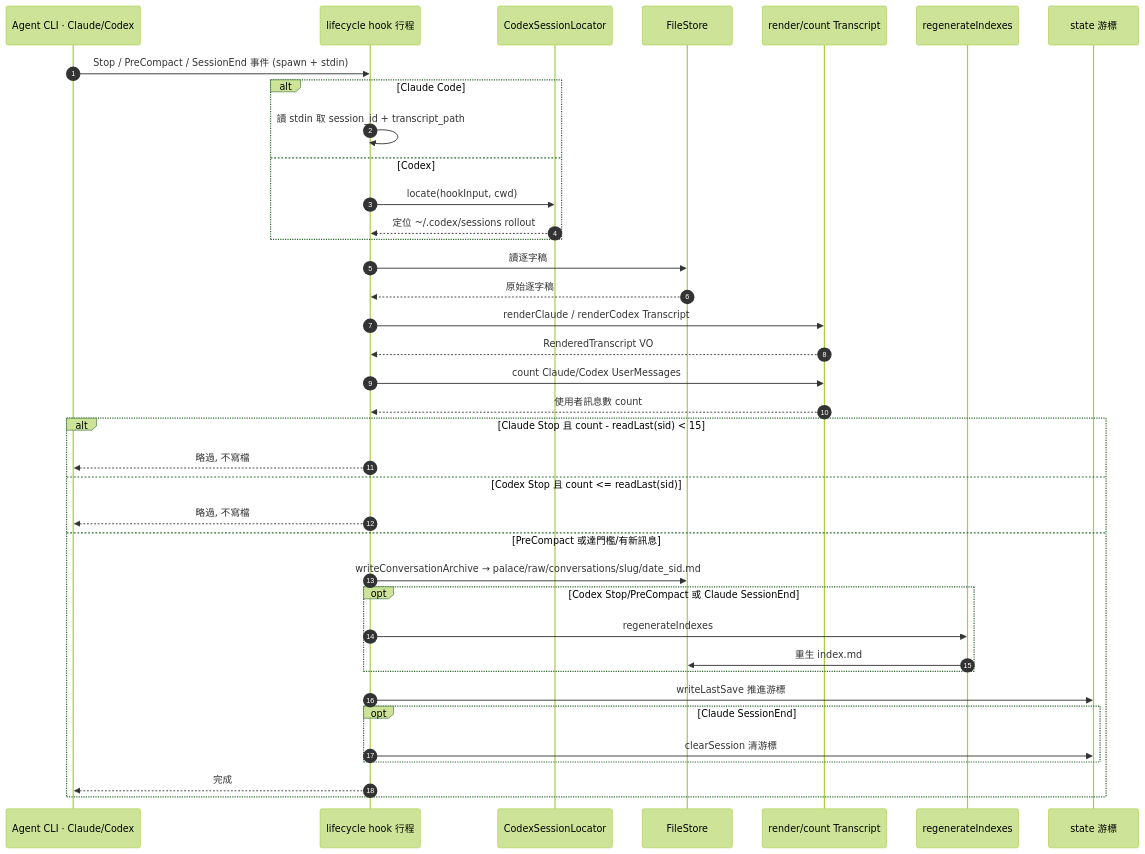
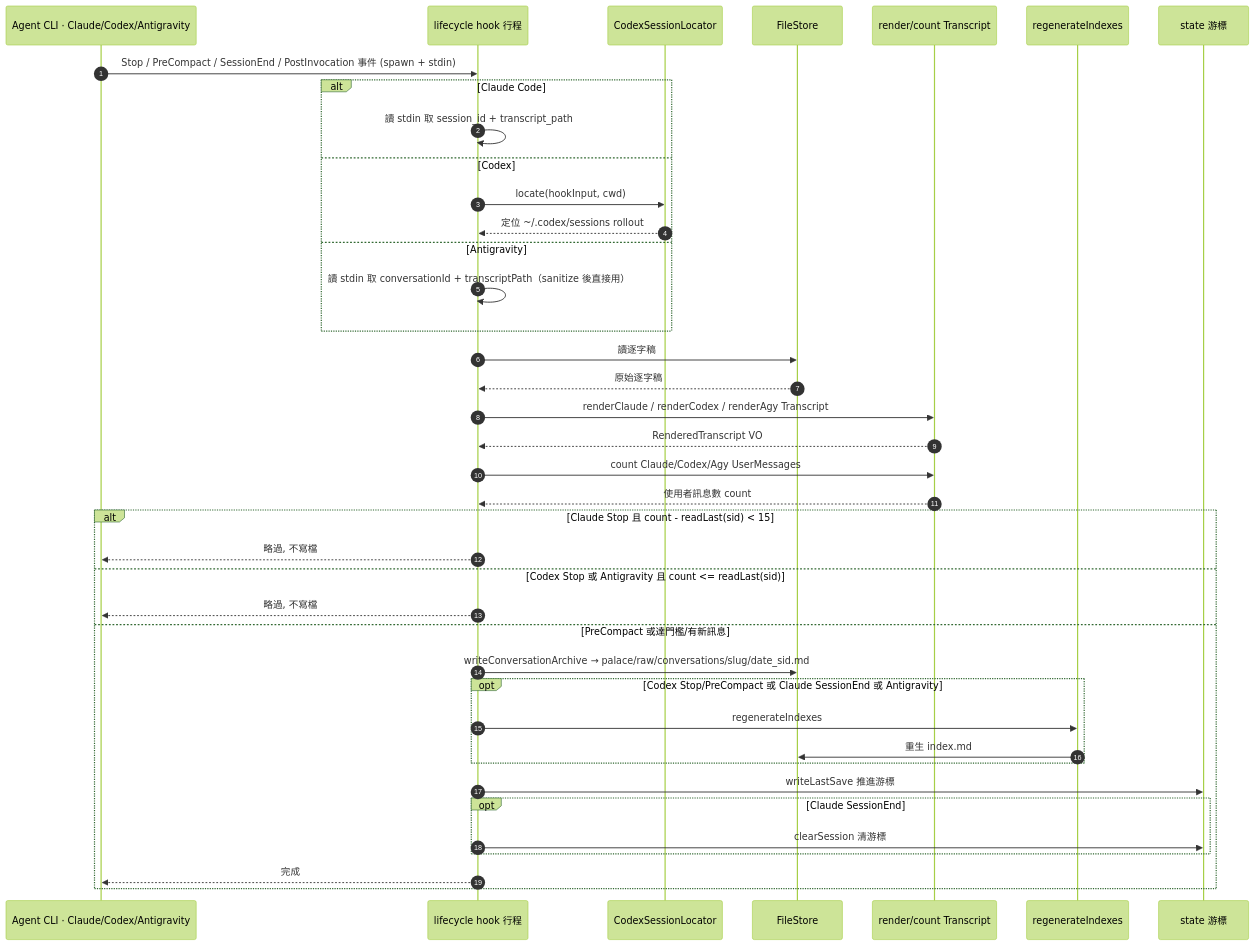
One commit to neokn/elegent changed the third of 5 diagrams in docs/architecture/4plus1.md. Above: the diagram before and after it, drawn with Mermaid (forest theme). The commit also changed other lines of this file and 24 other files, not shown here.

````diff
--- a/docs/architecture/4plus1.md
+++ b/docs/architecture/4plus1.md
@@ -142,41 +142,43 @@
 ```mermaid
 sequenceDiagram
     autonumber
-    participant CLI as Agent CLI · Claude/Codex
+    participant CLI as Agent CLI · Claude/Codex/Antigravity
     participant Hook as lifecycle hook 行程
     participant Loc as CodexSessionLocator
     participant FS as FileStore
     participant Pr as render/count Transcript
     participant Idx as regenerateIndexes
     participant St as state 游標
 
-    CLI->>Hook: Stop / PreCompact / SessionEnd 事件 (spawn + stdin)
+    CLI->>Hook: Stop / PreCompact / SessionEnd / PostInvocation 事件 (spawn + stdin)
     alt Claude Code
         Hook->>Hook: 讀 stdin 取 session_id + transcript_path
     else Codex
         Hook->>Loc: locate(hookInput, cwd)
         Loc-->>Hook: 定位 ~/.codex/sessions rollout
+    else Antigravity
+        Hook->>Hook: 讀 stdin 取 conversationId + transcriptPath（sanitize 後直接用）
     end
     Hook->>FS: 讀逐字稿
     FS-->>Hook: 原始逐字稿
-    Hook->>Pr: renderClaude / renderCodex Transcript
+    Hook->>Pr: renderClaude / renderCodex / renderAgy Transcript
     Pr-->>Hook: RenderedTranscript VO
-    Hook->>Pr: count Claude/Codex UserMessages
+    Hook->>Pr: count Claude/Codex/Agy UserMessages
     Pr-->>Hook: 使用者訊息數 count
     alt Claude Stop 且 count - readLast(sid) < 15
         Hook-->>CLI: 略過, 不寫檔
-    else Codex Stop 且 count <= readLast(sid)
+    else Codex Stop 或 Antigravity 且 count <= readLast(sid)
         Hook-->>CLI: 略過, 不寫檔
     else PreCompact 或達門檻/有新訊息
         Hook->>FS: writeConversationArchive → palace/raw/conversations/slug/date_sid.md
-        opt Codex Stop/PreCompact 或 Claude SessionEnd
+        opt Codex Stop/PreCompact 或 Claude SessionEnd 或 Antigravity
             Hook->>Idx: regenerateIndexes
             Idx->>FS: 重生 index.md
         end
         Hook->>St: writeLastSave 推進游標
         opt Claude SessionEnd
             Hook->>St: clearSession 清游標
         end
         Hook-->>CLI: 完成
     end
 ```
````
